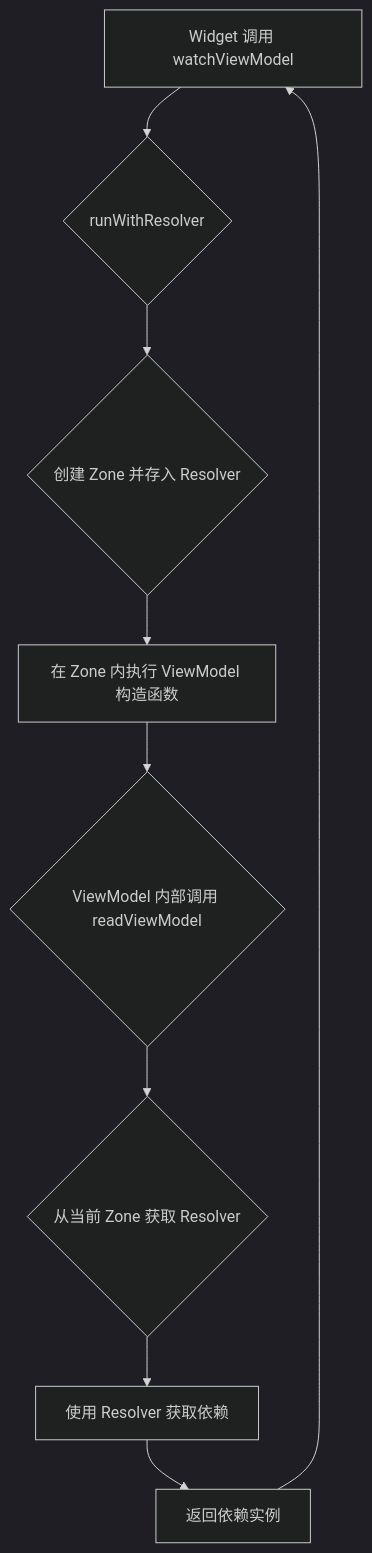
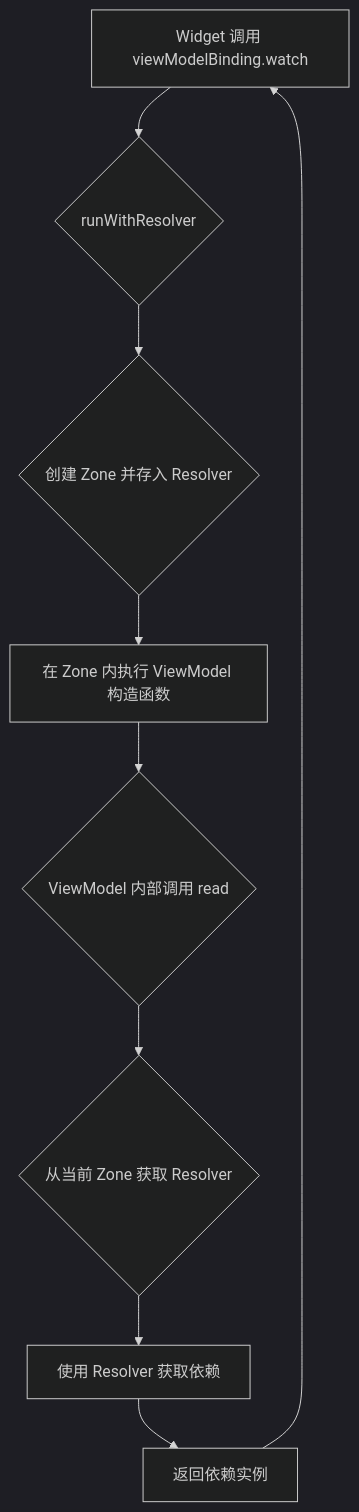
The diagram in docs/articles/zone_article.md (lwj1994/flutter_view_model), drawn with Mermaid (dark theme) before and after one commit. The commit also changed other lines of this file and 78 other files, not shown here.

First line of the commit message:
refactor: rename vef to viewModelBinding and provider to spec

````diff
--- a/docs/articles/zone_article.md
+++ b/docs/articles/zone_article.md
@@ -271,11 +272,11 @@
 ```mermaid
 graph TD
-    A[Widget 调用 watchViewModel] --> B{runWithResolver};
+    A[Widget 调用 viewModelBinding.watch] --> B{runWithResolver};
     B --> C{创建 Zone 并存入 Resolver};
     C --> D[在 Zone 内执行 ViewModel 构造函数];
-    D --> E{ViewModel 内部调用 readViewModel};
+    D --> E{ViewModel 内部调用 read};
     E --> F{从当前 Zone 获取 Resolver};
     F --> G[使用 Resolver 获取依赖];
     G --> H[返回依赖实例];
     H --> A;
 ```
````
